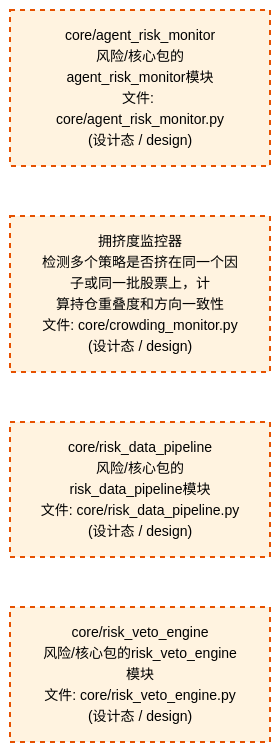
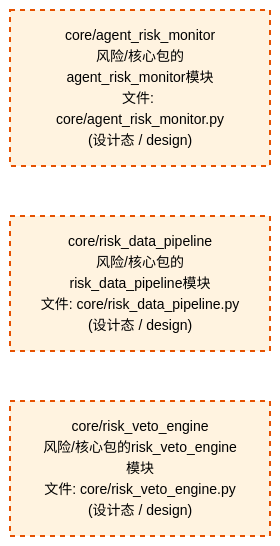
The third of 4 diagrams in docs/02_enterprise_architecture/02_domain_architecture_docs/65_d_risk.md (xuanFelixVan/ZephyrAlpha), drawn with Mermaid before and after one commit. The commit also changed other lines of this file and 3 other files, not shown here.

````diff
--- a/docs/02_enterprise_architecture/02_domain_architecture_docs/65_d_risk.md
+++ b/docs/02_enterprise_architecture/02_domain_architecture_docs/65_d_risk.md
@@ -270,16 +274,14 @@
 ```mermaid
 %%{init: {'theme': 'base', 'themeVariables': {'primaryColor': '#eaeaea', 'primaryTextColor': '#333333', 'primaryBorderColor': '#666666', 'lineColor': '#666666', 'secondaryColor': '#eaeaea', 'tertiaryColor': '#eaeaea', 'fontSize': '14px'}}}%%
 flowchart TD
     src_zephyr_risk_core_agent_risk_monitor_py["core/agent_risk_monitor<br/>风险/核心包的agent_risk_monitor模块<br/>文件: core/agent_risk_monitor.py<br/>(设计态 / design)"]
-    src_zephyr_risk_core_crowding_monitor_py["拥挤度监控器<br/>检测多个策略是否挤在同一个因子或同一批股票上，计<br/>算持仓重叠度和方向一致性<br/>文件: core/crowding_monitor.py<br/>(设计态 / design)"]
     src_zephyr_risk_core_risk_data_pipeline_py["core/risk_data_pipeline<br/>风险/核心包的risk_data_pipeline模块<br/>文件: core/risk_data_pipeline.py<br/>(设计态 / design)"]
     src_zephyr_risk_core_risk_veto_engine_py["core/risk_veto_engine<br/>风险/核心包的risk_veto_engine模块<br/>文件: core/risk_veto_engine.py<br/>(设计态 / design)"]
-    src_zephyr_risk_core_agent_risk_monitor_py ~~~ src_zephyr_risk_core_crowding_monitor_py
-    src_zephyr_risk_core_crowding_monitor_py ~~~ src_zephyr_risk_core_risk_data_pipeline_py
+    src_zephyr_risk_core_agent_risk_monitor_py ~~~ src_zephyr_risk_core_risk_data_pipeline_py
     src_zephyr_risk_core_risk_data_pipeline_py ~~~ src_zephyr_risk_core_risk_veto_engine_py
     classDef production fill:#e1f5fe,stroke:#01579b,stroke-width:2px,color:#000
     classDef design fill:#fff3e0,stroke:#e65100,stroke-width:2px,color:#000,stroke-dasharray: 5 5
     classDef external_prod fill:#e8f4fd,stroke:#0277bd,stroke-width:1px,color:#000
     classDef external_design fill:#fff8e7,stroke:#ef6c00,stroke-width:1px,color:#000,stroke-dasharray: 5 5
-    class src_zephyr_risk_core_agent_risk_monitor_py,src_zephyr_risk_core_crowding_monitor_py,src_zephyr_risk_core_risk_data_pipeline_py,src_zephyr_risk_core_risk_veto_engine_py design
+    class src_zephyr_risk_core_agent_risk_monitor_py,src_zephyr_risk_core_risk_data_pipeline_py,src_zephyr_risk_core_risk_veto_engine_py design
 ```
````
